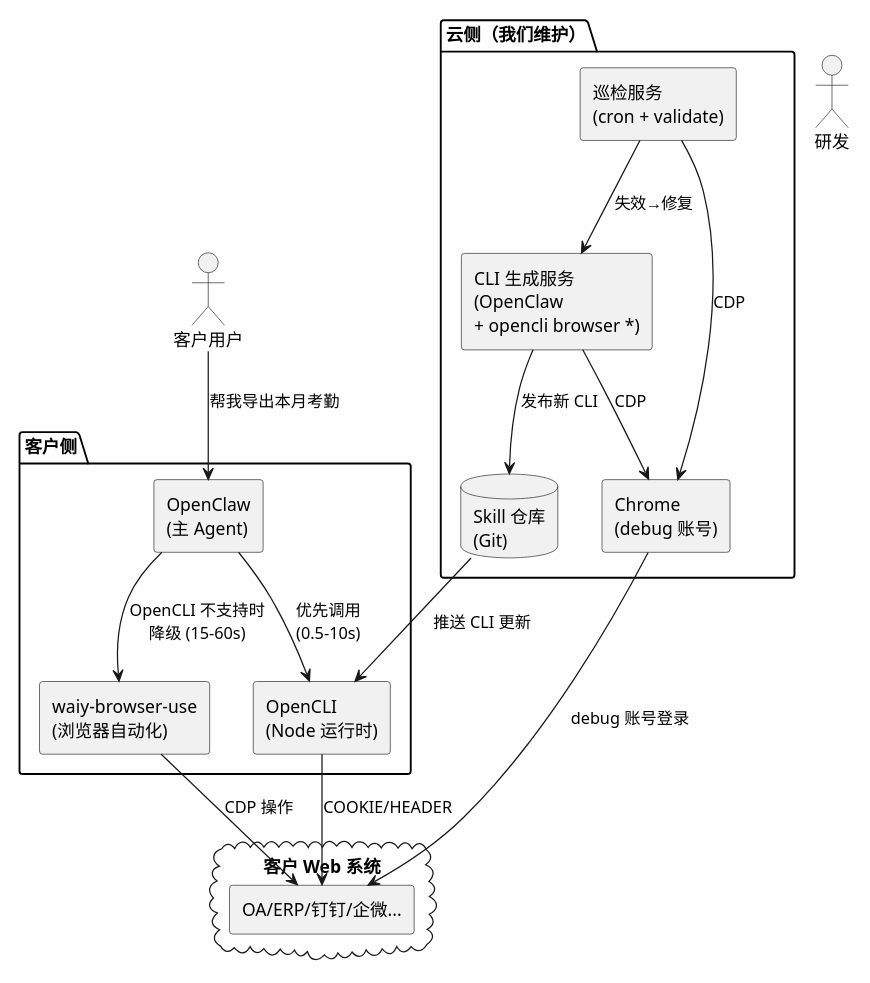
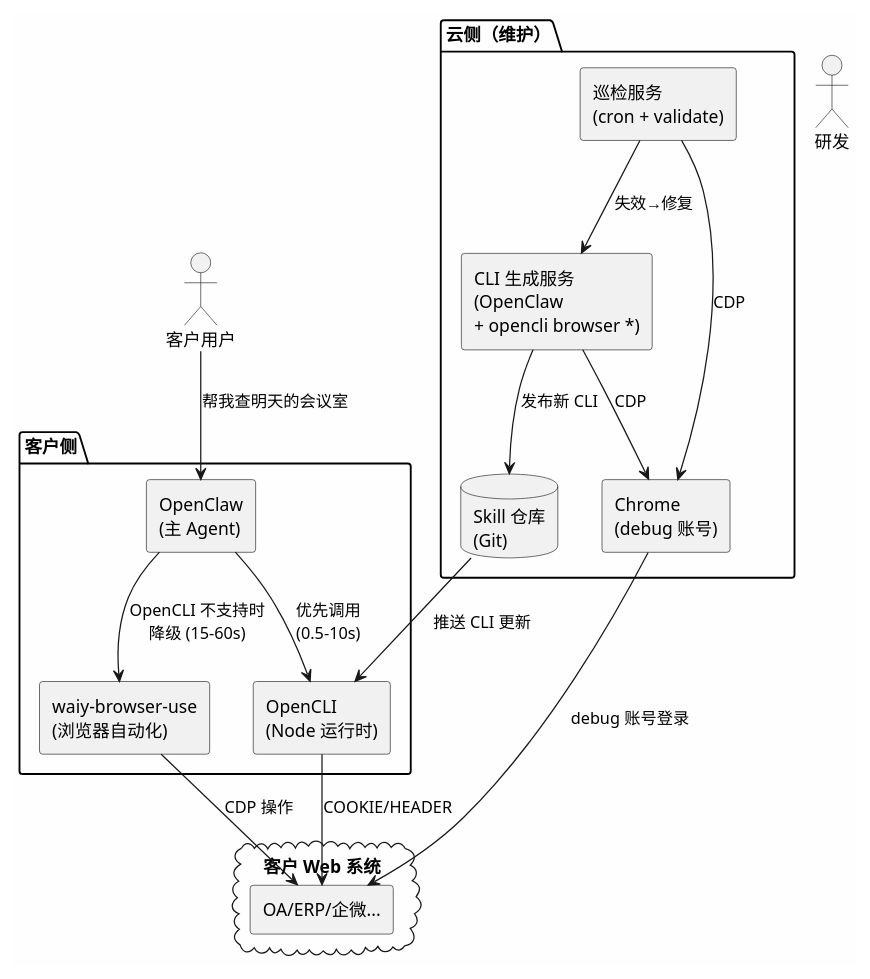
Before and after one commit to shadow-cyan/OpenCLI: the second of 4 diagrams in doc/office-automation-architecture.md, drawn with PlantUML. The commit also changed other lines of this file, not shown here.

````diff
--- a/doc/office-automation-architecture.md
+++ b/doc/office-automation-architecture.md
@@ -211,41 +227,41 @@
 ```plantuml
 @startuml
 skinparam componentStyle rectangle
 skinparam backgroundColor #FEFEFE
 
 actor "客户用户" as User
 actor "研发" as Dev
 
 package "客户侧" {
   [OpenClaw\n(主 Agent)] as CC
   [OpenCLI\n(Node 运行时)] as OC
   [waiy-browser-use\n(浏览器自动化)] as BU
 
   CC --> OC : 优先调用\n(0.5-10s)
   CC --> BU : OpenCLI 不支持时\n降级 (15-60s)
 }
 
-package "云侧（我们维护）" {
+package "云侧（维护）" {
   [CLI 生成服务\n(OpenClaw\n+ opencli browser *)] as Factory
   [巡检服务\n(cron + validate)] as Patrol
   database "Skill 仓库\n(Git)" as Repo
   [Chrome\n(debug 账号)] as Chrome
 
   Factory --> Chrome : CDP
   Patrol --> Chrome : CDP
   Factory --> Repo : 发布新 CLI
   Patrol --> Factory : 失效→修复
 }
 
 cloud "客户 Web 系统" {
-  [OA/ERP/钉钉/企微...] as WebSys
+  [OA/ERP/企微...] as WebSys
 }
 
-User --> CC : "帮我导出本月考勤"
+User --> CC : "帮我查明天的会议室"
 Repo --> OC : 推送 CLI 更新
 OC --> WebSys : COOKIE/HEADER
 BU --> WebSys : CDP 操作
 Chrome --> WebSys : debug 账号登录
 
 @enduml
 ```
````
